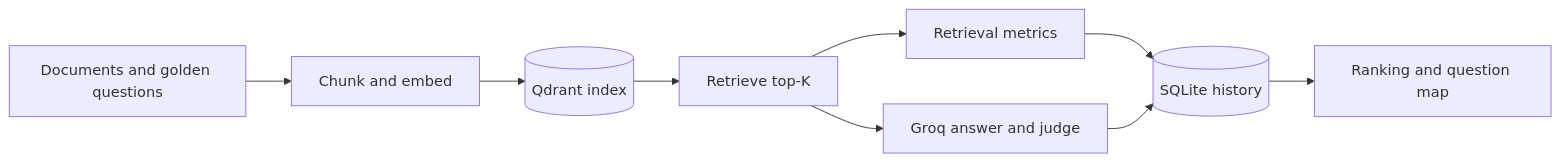
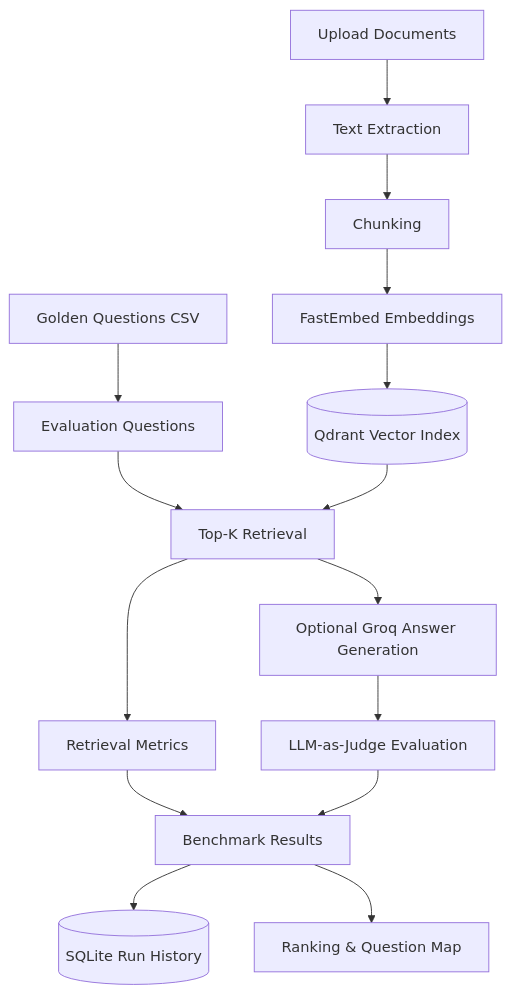
One commit to Shaik-Saniya67/RAGBench changed the diagram in README.md. Above: the diagram before and after it, drawn with Mermaid. The commit also changed other lines of this file, not shown here.

````diff
--- a/README.md
+++ b/README.md
@@ -50,11 +58,17 @@
 ```mermaid
-flowchart LR
-  A[Documents and golden questions] --> B[Chunk and embed]
-  B --> C[(Qdrant index)]
-  C --> D[Retrieve top-K]
-  D --> E[Retrieval metrics]
-  D --> F[Groq answer and judge]
-  E --> G[(SQLite history)]
-  F --> G
-  G --> H[Ranking and question map]
+flowchart TD
+    A["Upload Documents"] --> B["Text Extraction"]
+    B --> C["Chunking"]
+    C --> D["FastEmbed Embeddings"]
+    D --> E[("Qdrant Vector Index")]
+    F["Golden Questions CSV"] --> G["Evaluation Questions"]
+    G --> H["Top-K Retrieval"]
+    E --> H
+    H --> I["Retrieval Metrics"]
+    H --> J["Optional Groq Answer Generation"]
+    J --> K["LLM-as-Judge Evaluation"]
+    I --> L["Benchmark Results"]
+    K --> L
+    L --> M[("SQLite Run History")]
+    L --> N["Ranking & Question Map"]
 ```
````
